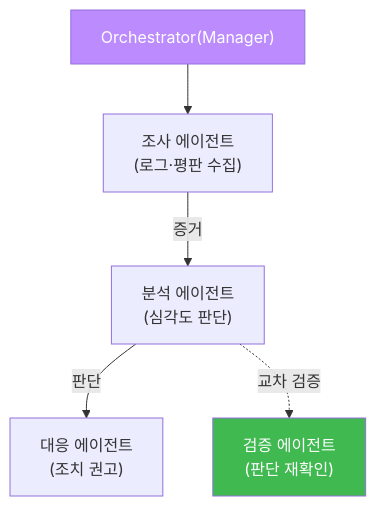
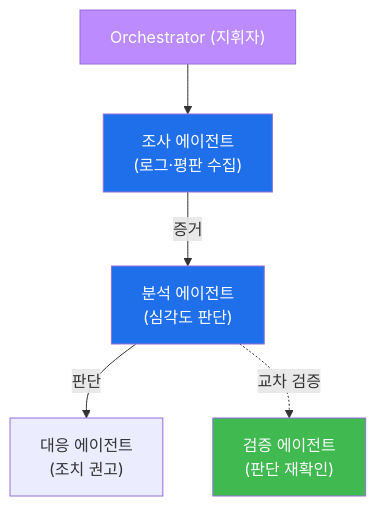
One commit to mrgrit/tw2 changed the first of 11 diagrams in contents/training/aisec/lecture_week10.md. Above: the diagram before and after it, drawn with Mermaid. The commit also changed other lines of this file and 304 other files, not shown here.

````diff
--- a/contents/training/aisec/lecture_week10.md
+++ b/contents/training/aisec/lecture_week10.md
@@ -55,9 +77,11 @@
 ```mermaid
 graph TD
-    O["Orchestrator(Manager)"] --> I["조사 에이전트<br/>(로그·평판 수집)"]
+    O["Orchestrator (지휘자)"] --> I["조사 에이전트<br/>(로그·평판 수집)"]
     I -->|증거| A["분석 에이전트<br/>(심각도 판단)"]
     A -->|판단| R["대응 에이전트<br/>(조치 권고)"]
     A -.교차 검증.-> V["검증 에이전트<br/>(판단 재확인)"]
     style O fill:#bc8cff,color:#fff
+    style I fill:#1f6feb,color:#fff
+    style A fill:#1f6feb,color:#fff
     style V fill:#3fb950,color:#fff
 ```
````
